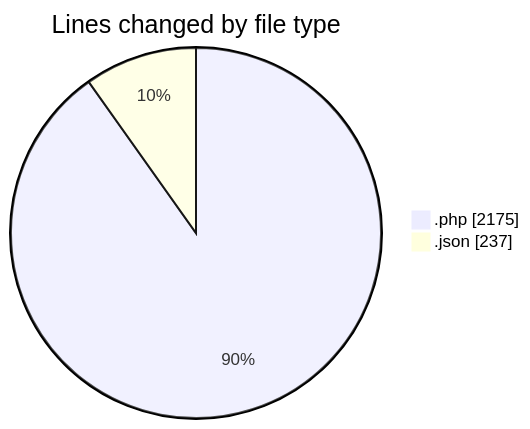
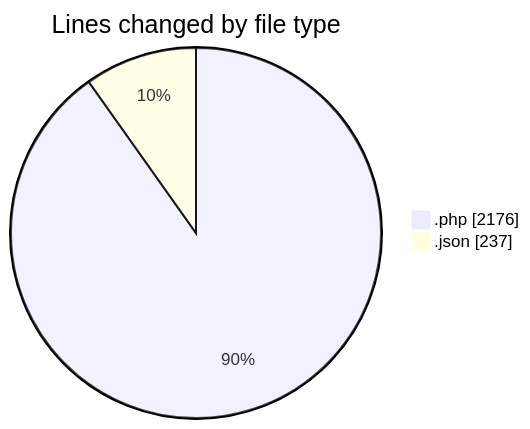
Before and after one commit to idhammustaqopulfikri/code-tracking: the first of 2 diagrams in 2025-06-20/studio-backend/README.md, drawn with Mermaid. The commit also changed other lines of this file and 1 other file, not shown here.

````diff
--- a/2025-06-20/studio-backend/README.md
+++ b/2025-06-20/studio-backend/README.md
@@ -26,6 +26,6 @@
 ```mermaid
 pie showData
 title Lines changed by file type
-".php" : 2175
+".php" : 2176
 ".json" : 237
 ```
````
